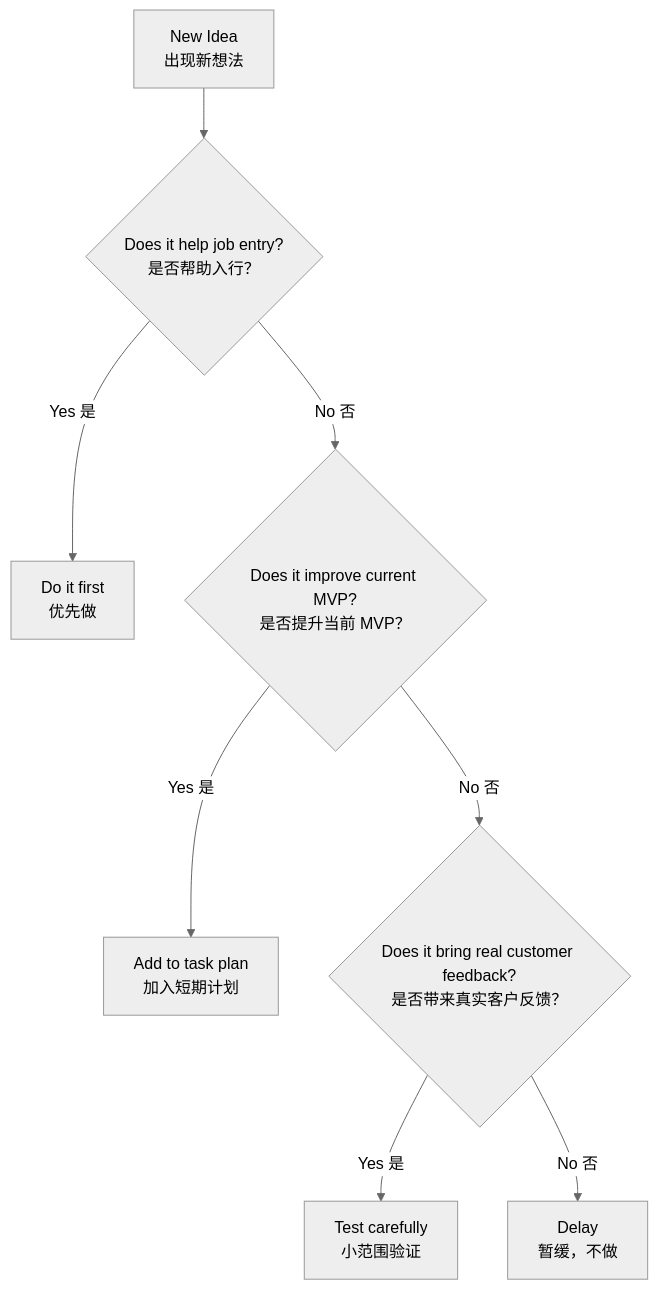
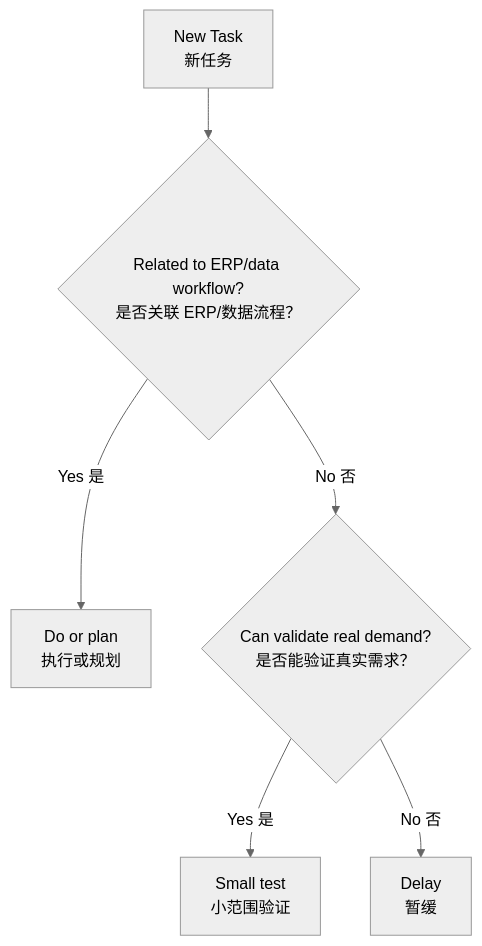
The third of 3 diagrams in task-plans/01-overall-roadmap.md (sai5585wo/work-plan), drawn with Mermaid (neutral theme) before and after one commit. The commit also changed other lines of this file and 7 other files, not shown here.

Commit message:
Update ERP workflow learning progress

````diff
--- a/task-plans/01-overall-roadmap.md
+++ b/task-plans/01-overall-roadmap.md
@@ -171,10 +155,8 @@
 ```mermaid
 flowchart TD
-    A["New Idea<br/>出现新想法"] --> B{"Does it help job entry?<br/>是否帮助入行？"}
-    B -- "Yes 是" --> C["Do it first<br/>优先做"]
-    B -- "No 否" --> D{"Does it improve current MVP?<br/>是否提升当前 MVP？"}
-    D -- "Yes 是" --> E["Add to task plan<br/>加入短期计划"]
-    D -- "No 否" --> F{"Does it bring real customer feedback?<br/>是否带来真实客户反馈？"}
-    F -- "Yes 是" --> G["Test carefully<br/>小范围验证"]
-    F -- "No 否" --> H["Delay<br/>暂缓，不做"]
+    A["New Task<br/>新任务"] --> B{"Related to ERP/data workflow?<br/>是否关联 ERP/数据流程？"}
+    B -- "Yes 是" --> C["Do or plan<br/>执行或规划"]
+    B -- "No 否" --> D{"Can validate real demand?<br/>是否能验证真实需求？"}
+    D -- "Yes 是" --> E["Small test<br/>小范围验证"]
+    D -- "No 否" --> F["Delay<br/>暂缓"]
 ```
````
